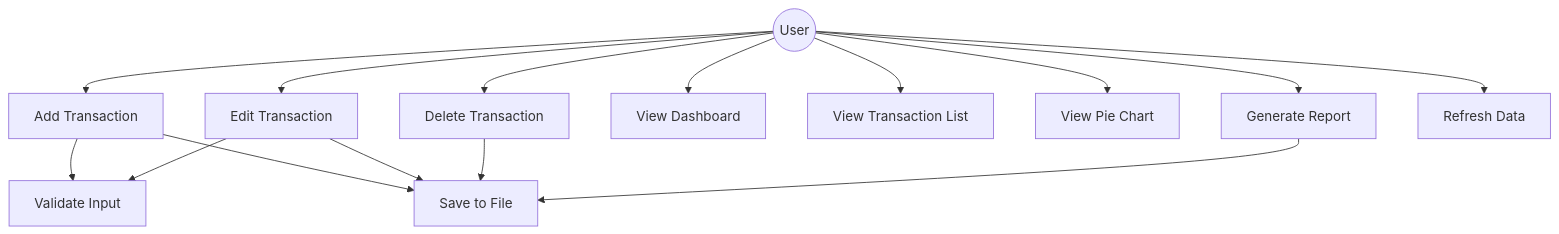
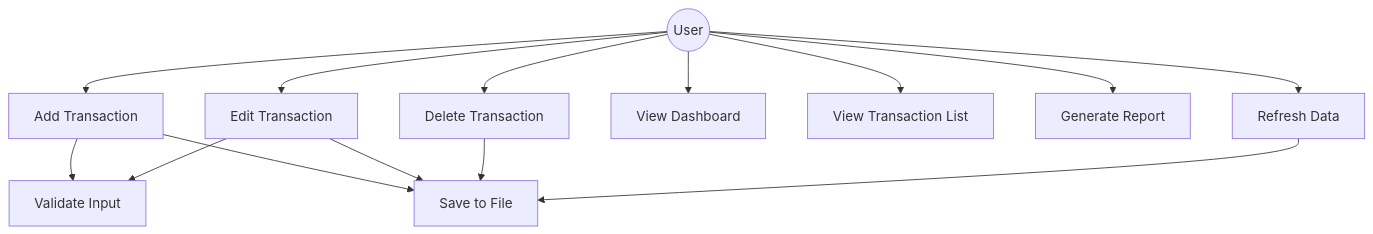
The fifth of 5 diagrams in UML.md (FataZikrillah/PBO-UAS), drawn with Mermaid before and after one commit. The commit also changed other lines of this file and 3 other files, not shown here.

````diff
--- a/UML.md
+++ b/UML.md
@@ -269,20 +258,19 @@
 ```mermaid
 graph TD
     User((User))
     
     User --> UC1[Add Transaction]
     User --> UC2[Edit Transaction]
     User --> UC3[Delete Transaction]
     User --> UC4[View Dashboard]
     User --> UC5[View Transaction List]
-    User --> UC6[View Pie Chart]
-    User --> UC7[Generate Report]
-    User --> UC8[Refresh Data]
+    User --> UC6[Generate Report]
+    User --> UC7[Refresh Data]
     
     UC1 --> Validate[Validate Input]
     UC2 --> Validate
     UC1 --> Save[Save to File]
     UC2 --> Save
     UC3 --> Save
     UC7 --> Save
 ```
````
